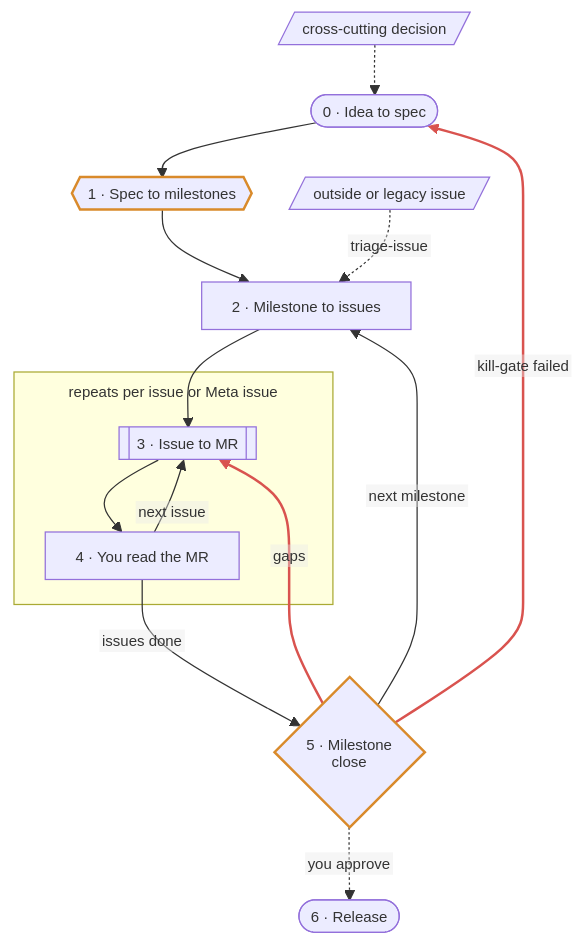
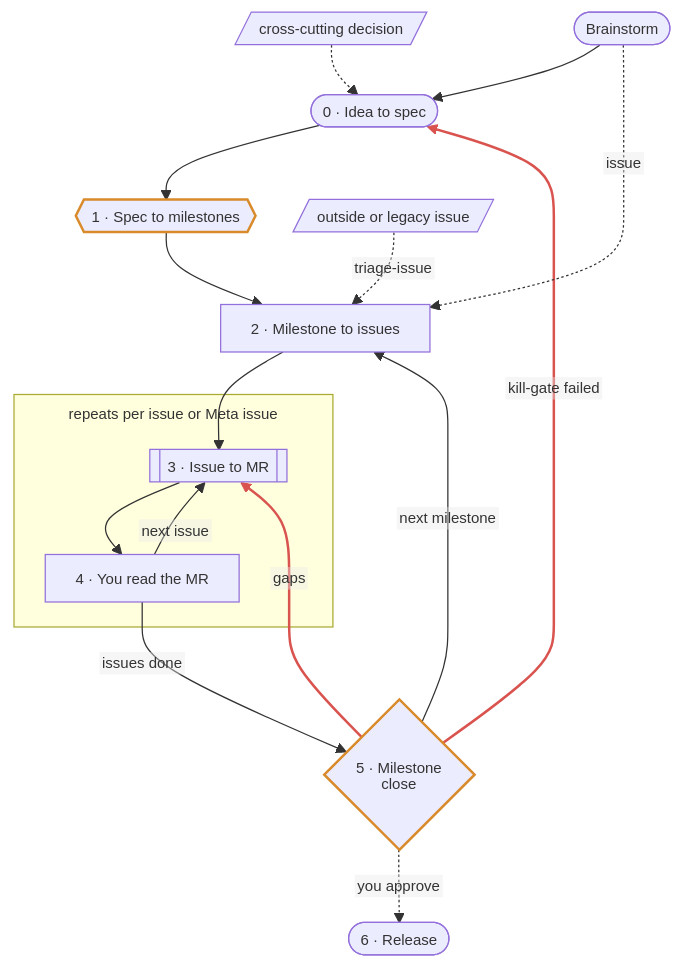
Before and after one commit to nshopik/dream-team: the diagram in WORKFLOW.md, drawn with Mermaid. The commit also changed other lines of this file and 18 other files, not shown here.

````diff
--- a/WORKFLOW.md
+++ b/WORKFLOW.md
@@ -3,21 +3,23 @@
 ```mermaid
 %%{init: {"htmlLabels": false, "themeVariables": {"fontSize": "12px"}, "flowchart": {"htmlLabels": false, "curve": "basis", "nodeSpacing": 30, "rankSpacing": 40, "diagramPadding": 8, "padding": 12, "subGraphTitleMargin": {"top": 8, "bottom": 16}}}}%%
 flowchart TD
   xcut[/cross-cutting decision/] -.-> S0
   S0(["0 · Idea to spec"]) --> S1{{"1 · Spec to milestones"}}
   S1 --> S2["2 · Milestone to issues"]
   bug[/outside or legacy issue/] -.->|triage-issue| S2
   S2 --> S3
   subgraph loop ["repeats per issue or Meta issue"]
     S3[["3 · Issue to MR"]] --> S4["4 · You read the MR"]
     S4 -->|next issue| S3
   end
   S4 -->|issues done| S5{"5 · Milestone<br/>close"}
   S5 -->|next milestone| S2
   S5 -->|gaps| S3
   S5 -->|kill-gate failed| S0
   S5 -.->|you approve| S6(["6 · Release"])
+  SI(["Brainstorm"]) --> S0
+  SI -.->|issue| S2
   classDef gate stroke:#d98a2b,stroke-width:2px
   class S1,S5 gate
   linkStyle 9,10 stroke:#d9534f,stroke-width:2px
 ```
````
